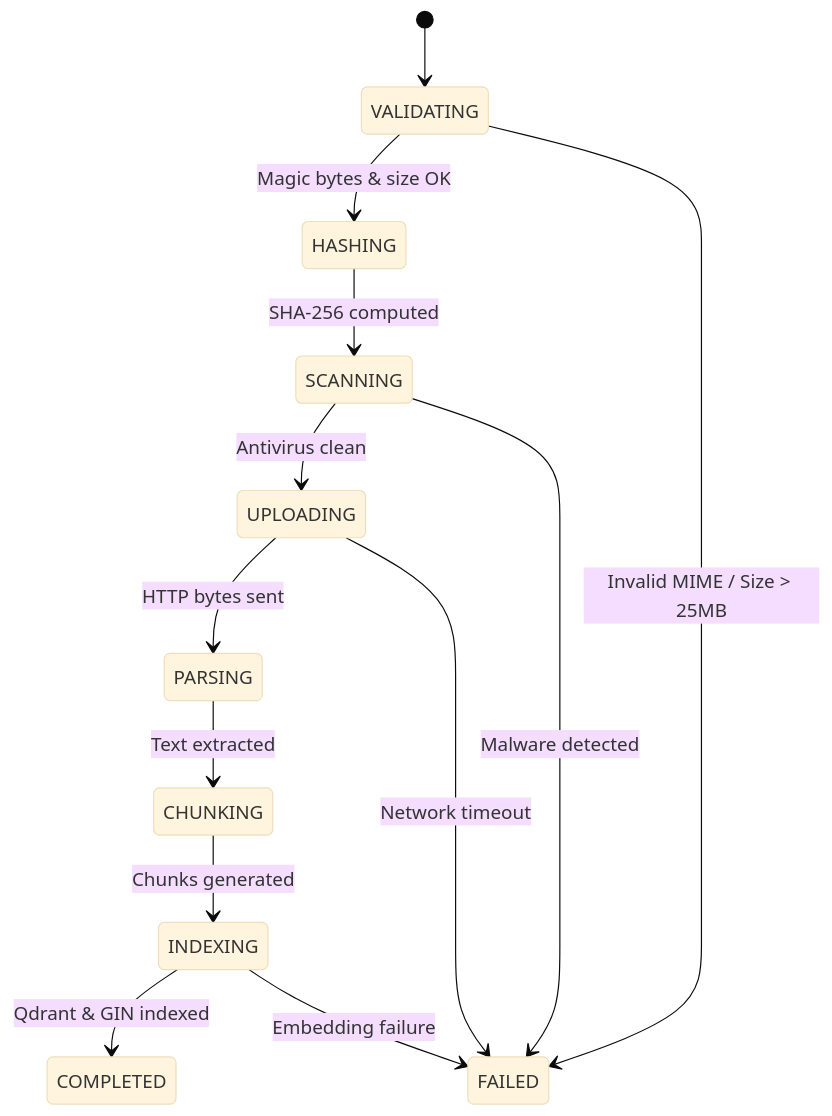
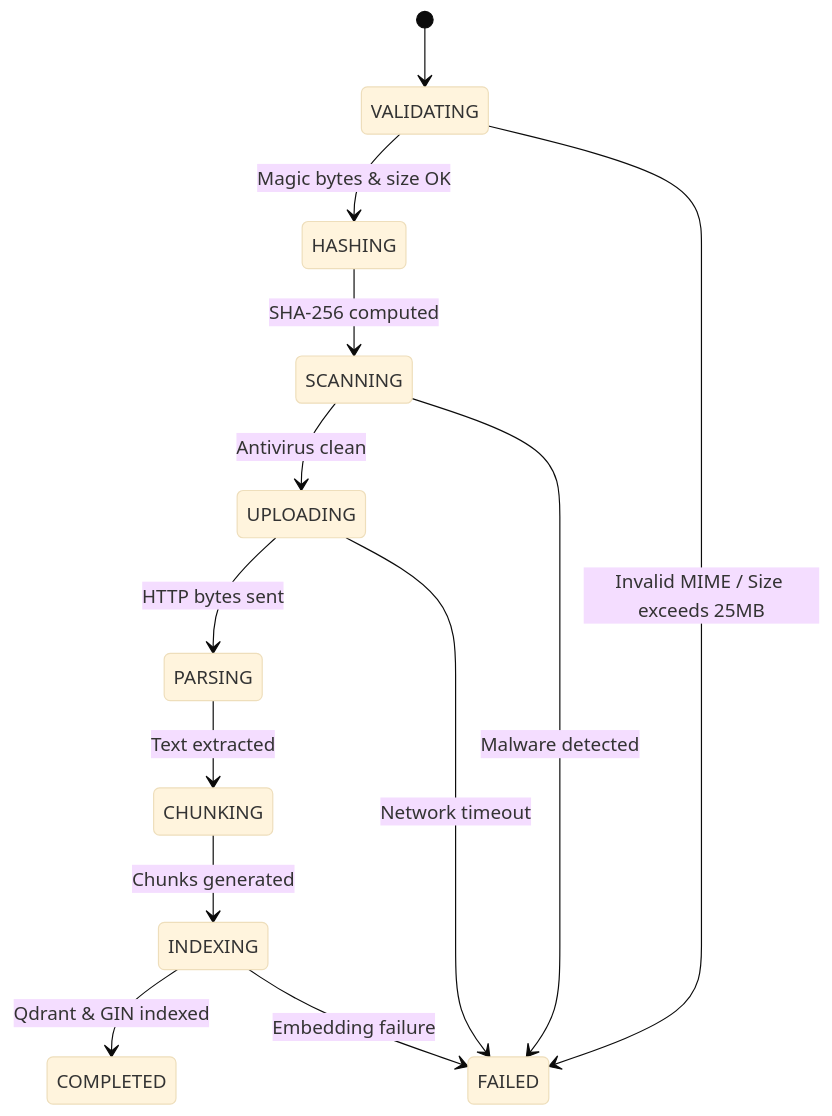
Before and after one commit to Satya-Naraharisetty/FusionRAG: diagram 13 of 13 in reverse_engineering.md, drawn with Mermaid (base theme). The commit also changed other lines of this file and 30 other files, not shown here.

````diff
--- a/reverse_engineering.md
+++ b/reverse_engineering.md
@@ -1747,16 +1770,16 @@
 ```mermaid
 stateDiagram-v2
     [*] --> VALIDATING
     VALIDATING --> HASHING : Magic bytes & size OK
     HASHING --> SCANNING : SHA-256 computed
     SCANNING --> UPLOADING : Antivirus clean
     UPLOADING --> PARSING : HTTP bytes sent
     PARSING --> CHUNKING : Text extracted
     CHUNKING --> INDEXING : Chunks generated
     INDEXING --> COMPLETED : Qdrant & GIN indexed
   
-    VALIDATING --> FAILED : Invalid MIME / Size > 25MB
+    VALIDATING --> FAILED : Invalid MIME / Size exceeds 25MB
     SCANNING --> FAILED : Malware detected
     UPLOADING --> FAILED : Network timeout
     INDEXING --> FAILED : Embedding failure
 ```
````
